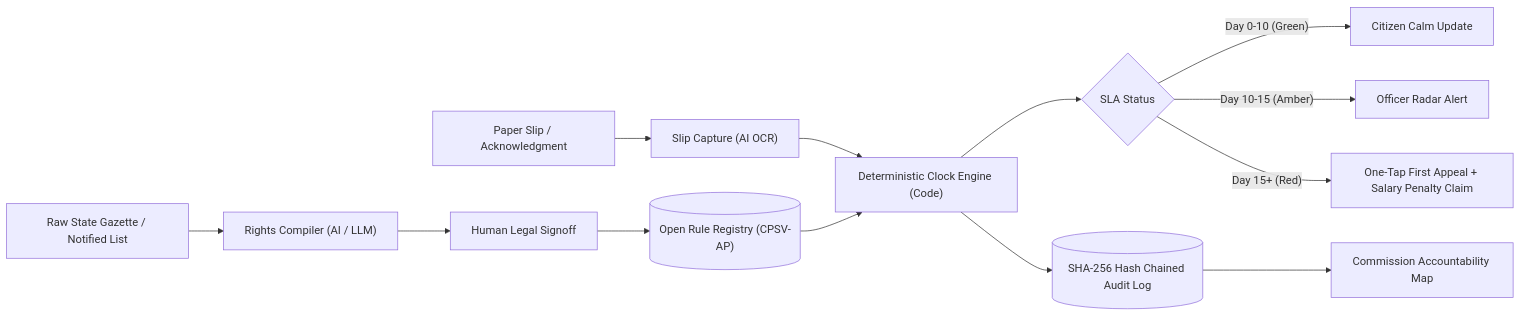
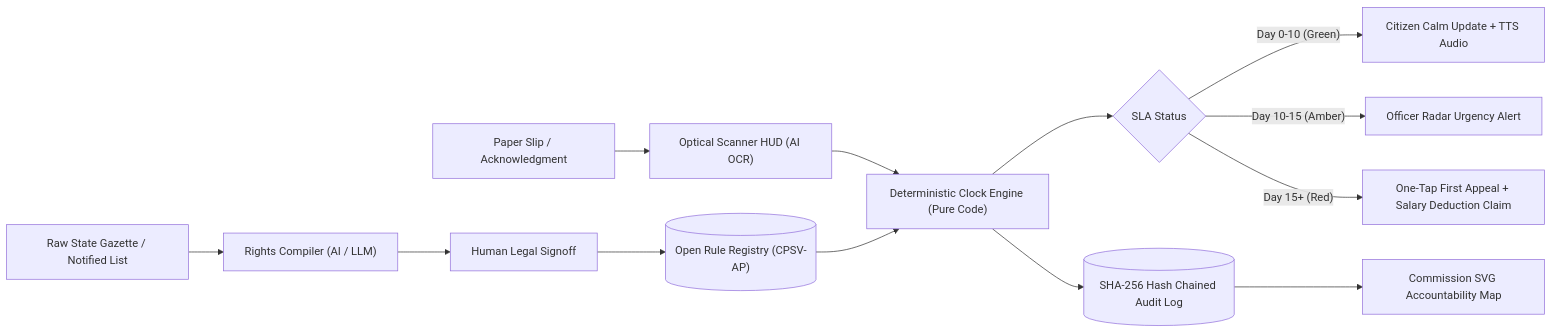
The diagram in README.md (anushkacutipie12-ops/samay-project), drawn with Mermaid before and after one commit. The commit also changed other lines of this file and 10 other files, not shown here.

````diff
--- a/README.md
+++ b/README.md
@@ -26,18 +26,18 @@
 ```mermaid
 flowchart LR
     A["Raw State Gazette / Notified List"] --> B["Rights Compiler (AI / LLM)"]
     B --> C["Human Legal Signoff"]
     C --> D[("Open Rule Registry (CPSV-AP)")]
     
-    E["Paper Slip / Acknowledgment"] --> F["Slip Capture (AI OCR)"]
-    F --> G["Deterministic Clock Engine (Code)"]
+    E["Paper Slip / Acknowledgment"] --> F["Optical Scanner HUD (AI OCR)"]
+    F --> G["Deterministic Clock Engine (Pure Code)"]
     D --> G
     
     G --> H{"SLA Status"}
-    H -- "Day 0-10 (Green)" --> I["Citizen Calm Update"]
-    H -- "Day 10-15 (Amber)" --> J["Officer Radar Alert"]
-    H -- "Day 15+ (Red)" --> K["One-Tap First Appeal + Salary Penalty Claim"]
+    H -- "Day 0-10 (Green)" --> I["Citizen Calm Update + TTS Audio"]
+    H -- "Day 10-15 (Amber)" --> J["Officer Radar Urgency Alert"]
+    H -- "Day 15+ (Red)" --> K["One-Tap First Appeal + Salary Deduction Claim"]
     
     G --> L[("SHA-256 Hash Chained Audit Log")]
-    L --> M["Commission Accountability Map"]
+    L --> M["Commission SVG Accountability Map"]
 ```
````
